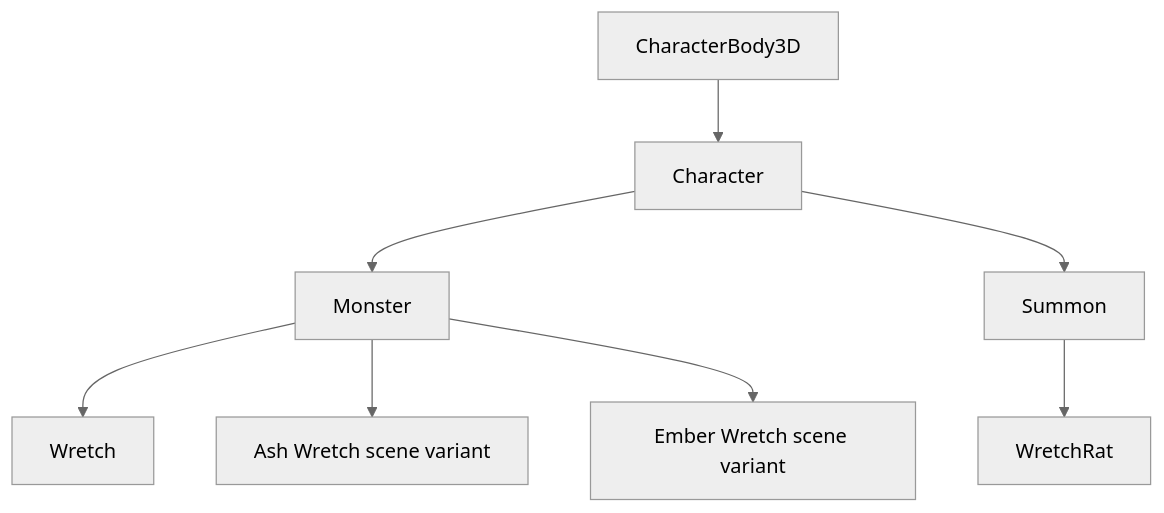
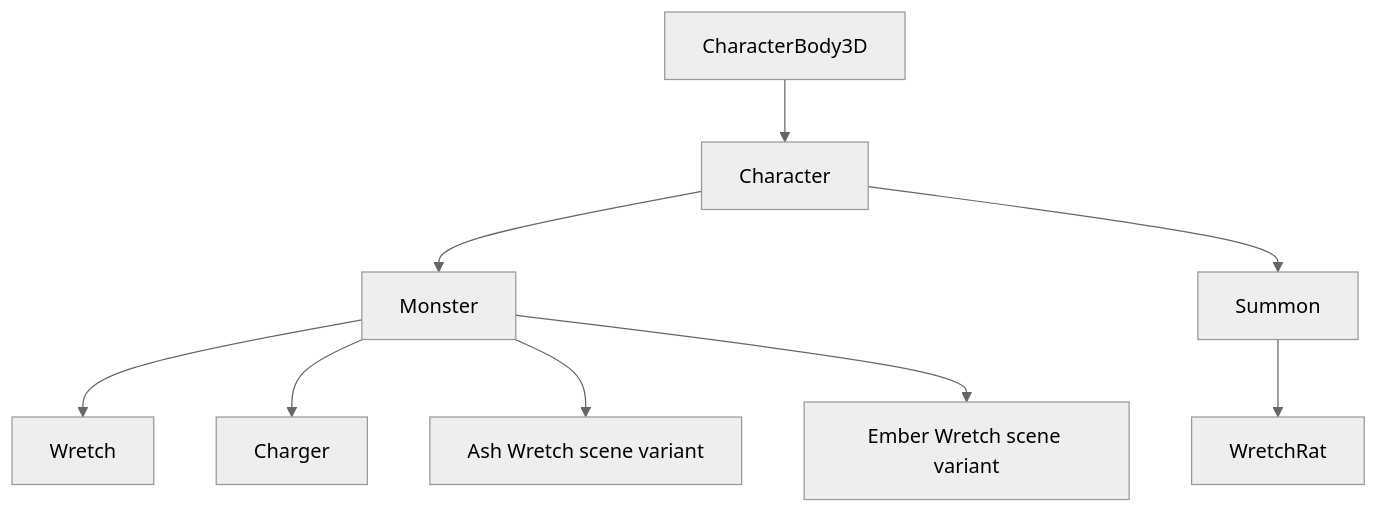
One commit to Armando-Garcia/friend-slop changed the first of 6 diagrams in docs/monsters/README.md. Above: the diagram before and after it, drawn with Mermaid (neutral theme). The commit also changed other lines of this file and 19 other files, not shown here.

First line of the commit message:
Add the Charger rammer as a WIP book-summonable monster.

````diff
--- a/docs/monsters/README.md
+++ b/docs/monsters/README.md
@@ -31,10 +33,11 @@
 ```mermaid
 flowchart TB
   CharacterBody3D --> Character
   Character --> Monster
   Character --> Summon
   Monster --> Wretch
+  Monster --> Charger
   Summon --> WretchRat
   Monster --> AshWretch["Ash Wretch scene variant"]
   Monster --> EmberWretch["Ember Wretch scene variant"]
 ```
````
